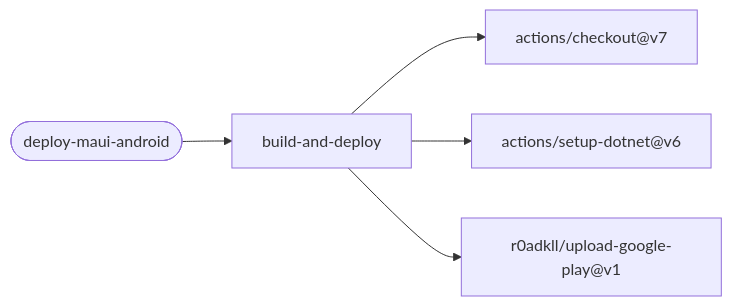
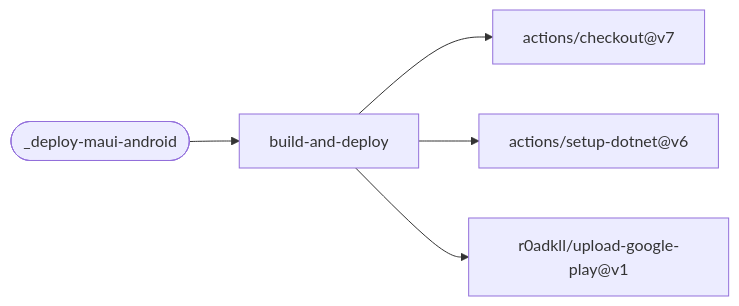
Before and after one commit to f2calv/gha-workflows: the sixth of 14 diagrams in README.md, drawn with Mermaid. The commit also changed other lines of this file and 2 other files, not shown here.

First line of the commit message:
feat(maui): parameterise the Android deployment workflow

````diff
--- a/README.md
+++ b/README.md
@@ -285,8 +285,8 @@
 ```mermaid
 flowchart LR
     classDef f2calv fill:#dbeafe,stroke:#2563eb,color:#1e3a5f
-    W(["deploy-maui-android"]) --> J["build-and-deploy"]
+    W(["_deploy-maui-android"]) --> J["build-and-deploy"]
     J --> A1["actions/checkout@v7"]
     J --> A2["actions/setup-dotnet@v6"]
     J --> A3["r0adkll/upload-google-play@v1"]
 ```
````
